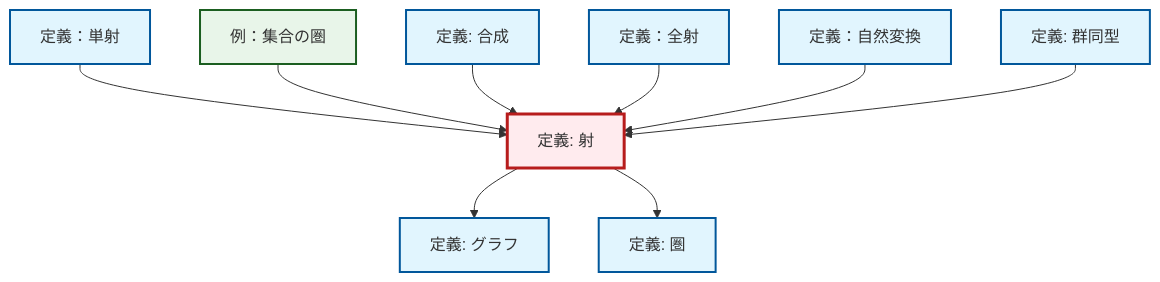
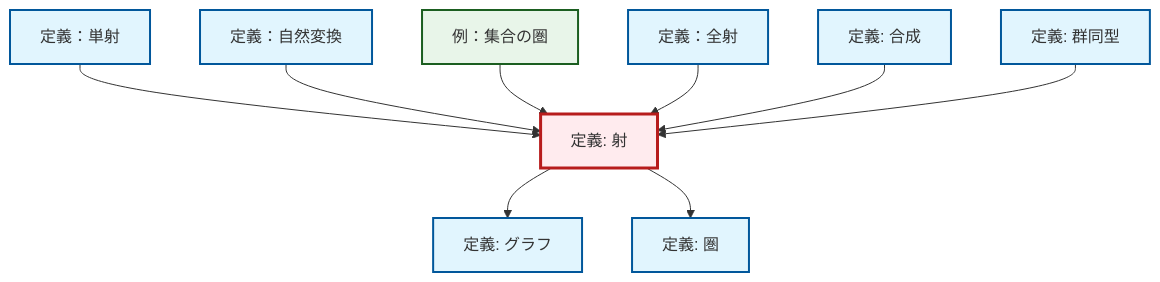
One commit to RK0429/ModernMath changed the diagram in content/ja/category-theory/def-morphism.qmd. Above: the diagram before and after it, drawn with Mermaid. The commit also changed 672 other files, not shown here.

````diff
--- a/content/ja/category-theory/def-morphism.qmd
+++ b/content/ja/category-theory/def-morphism.qmd
@@ -57,35 +57,35 @@
 ```{mermaid}
-%%| fig-cap: "Local dependency graph"
+%%| fig-cap: "ローカル依存関係グラフ"
 graph TD
     classDef definition fill:#e1f5fe,stroke:#01579b,stroke-width:2px
     classDef theorem fill:#f3e5f5,stroke:#4a148c,stroke-width:2px
     classDef axiom fill:#fff3e0,stroke:#e65100,stroke-width:2px
     classDef example fill:#e8f5e9,stroke:#1b5e20,stroke-width:2px
     classDef current fill:#ffebee,stroke:#b71c1c,stroke-width:3px
+    ex-set-category["例：集合の圏"]:::example
     def-natural-transformation["定義：自然変換"]:::definition
+    def-morphism["定義: 射"]:::definition
     def-isomorphism["定義: 群同型"]:::definition
+    def-epimorphism["定義：全射"]:::definition
     def-composition["定義: 合成"]:::definition
     def-category["定義: 圏"]:::definition
+    def-monomorphism["定義：単射"]:::definition
     def-graph["定義: グラフ"]:::definition
-    def-monomorphism["定義：単射"]:::definition
-    def-morphism["定義: 射"]:::definition
-    ex-set-category["例：集合の圏"]:::example
-    def-epimorphism["定義：全射"]:::definition
     def-monomorphism --> def-morphism
+    def-natural-transformation --> def-morphism
+    def-morphism --> def-graph
     ex-set-category --> def-morphism
+    def-epimorphism --> def-morphism
     def-composition --> def-morphism
-    def-morphism --> def-graph
+    def-isomorphism --> def-morphism
     def-morphism --> def-category
-    def-epimorphism --> def-morphism
-    def-natural-transformation --> def-morphism
-    def-isomorphism --> def-morphism
     class def-morphism current
+    click ex-set-category "ex-set-category.html" "例：集合の圏へ"
     click def-natural-transformation "def-natural-transformation.html" "定義：自然変換へ"
     click def-isomorphism "def-isomorphism.html" "群同型の定義へ"
+    click def-epimorphism "def-epimorphism.html" "定義：全射へ"
     click def-composition "def-composition.html" "合成の定義へ"
     click def-category "def-category.html" "圏の定義へ"
+    click def-monomorphism "def-monomorphism.html" "定義：単射へ"
     click def-graph "def-graph.html" "グラフの定義へ"
-    click def-monomorphism "def-monomorphism.html" "定義：単射へ"
-    click ex-set-category "ex-set-category.html" "例：集合の圏へ"
-    click def-epimorphism "def-epimorphism.html" "定義：全射へ"
 ```
````
